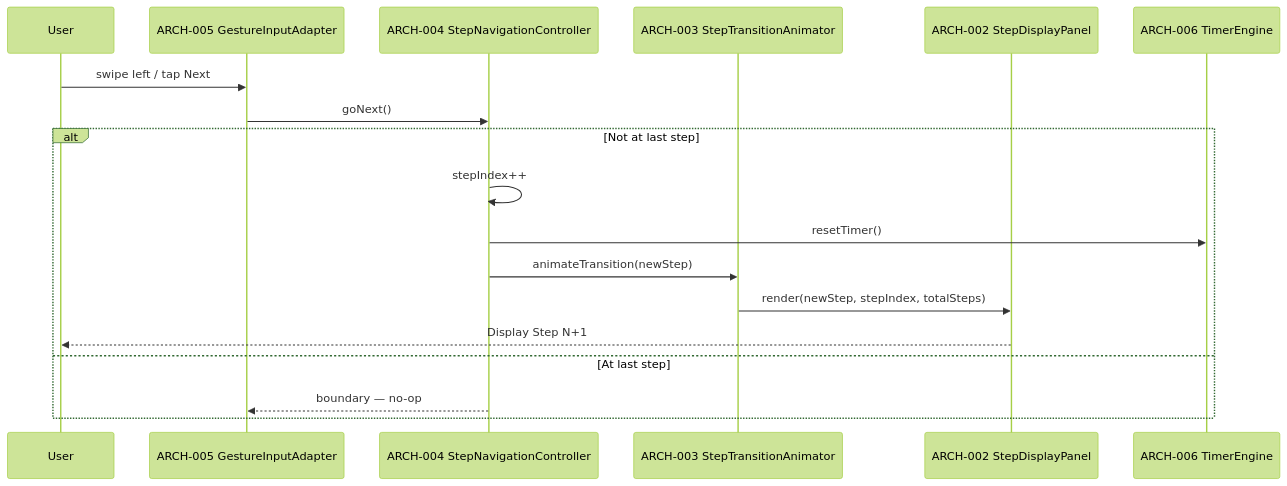
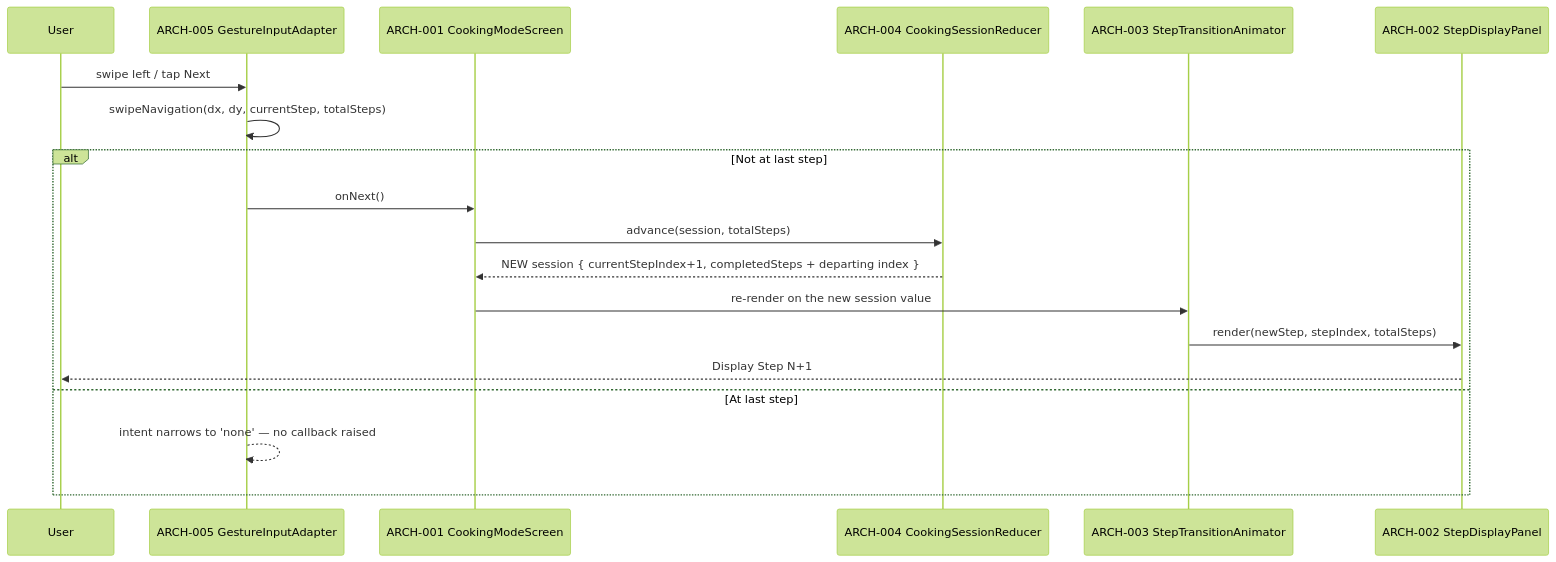
One commit to radicle-co/KitchenSink changed the second of 5 diagrams in specs/008-cooking-mode/v-model/architecture-design.md. Above: the diagram before and after it, drawn with Mermaid (forest theme). The commit also changed other lines of this file and 36 other files, not shown here.

First line of the commit message:
feat(008): mount Cooking Mode in the web and mobile apps

````diff
--- a/specs/008-cooking-mode/v-model/architecture-design.md
+++ b/specs/008-cooking-mode/v-model/architecture-design.md
@@ -75,21 +75,22 @@
 ```mermaid
 sequenceDiagram
     participant User
     participant ARCH005 as ARCH-005 GestureInputAdapter
-    participant ARCH004 as ARCH-004 StepNavigationController
+    participant ARCH001 as ARCH-001 CookingModeScreen
+    participant ARCH004 as ARCH-004 CookingSessionReducer
     participant ARCH003 as ARCH-003 StepTransitionAnimator
     participant ARCH002 as ARCH-002 StepDisplayPanel
-    participant ARCH006 as ARCH-006 TimerEngine
 
     User->>ARCH005: swipe left / tap Next
-    ARCH005->>ARCH004: goNext()
+    ARCH005->>ARCH005: swipeNavigation(dx, dy, currentStep, totalSteps)
     alt Not at last step
-        ARCH004->>ARCH004: stepIndex++
-        ARCH004->>ARCH006: resetTimer()
-        ARCH004->>ARCH003: animateTransition(newStep)
+        ARCH005->>ARCH001: onNext()
+        ARCH001->>ARCH004: advance(session, totalSteps)
+        ARCH004-->>ARCH001: NEW session { currentStepIndex+1, completedSteps + departing index }
+        ARCH001->>ARCH003: re-render on the new session value
         ARCH003->>ARCH002: render(newStep, stepIndex, totalSteps)
         ARCH002-->>User: Display Step N+1
     else At last step
-        ARCH004-->>ARCH005: boundary — no-op
+        ARCH005-->>ARCH005: intent narrows to 'none' — no callback raised
     end
 ```
````
